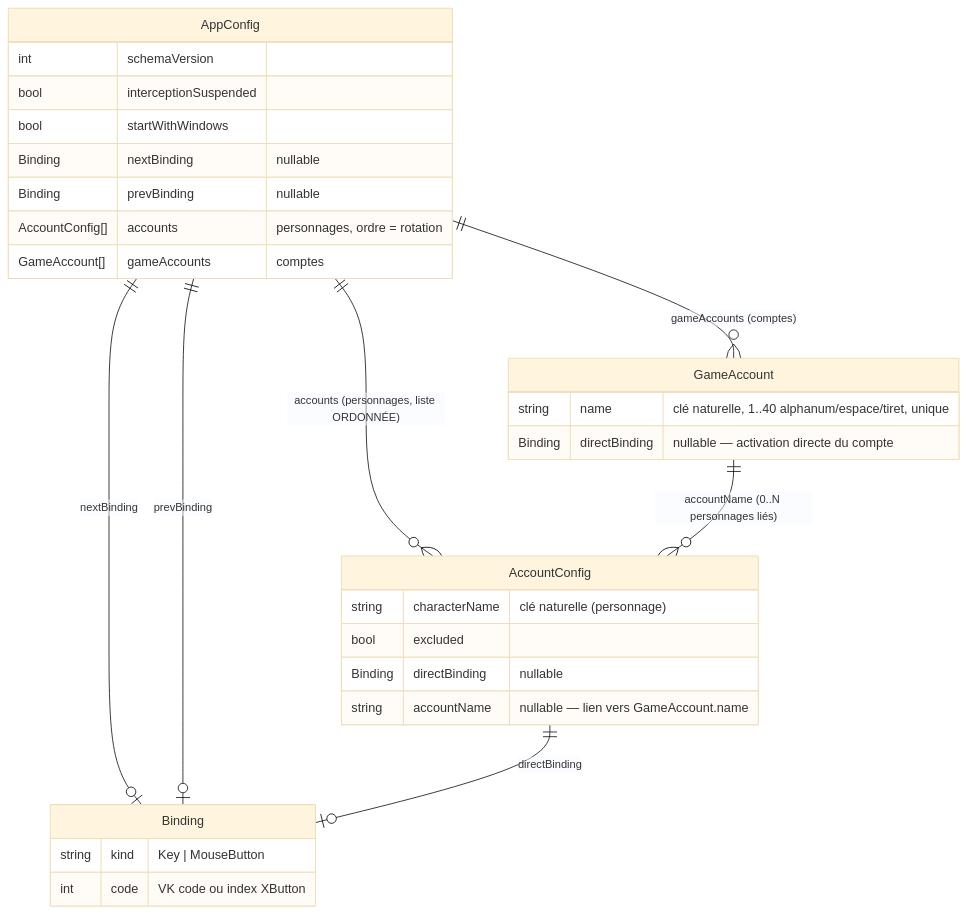
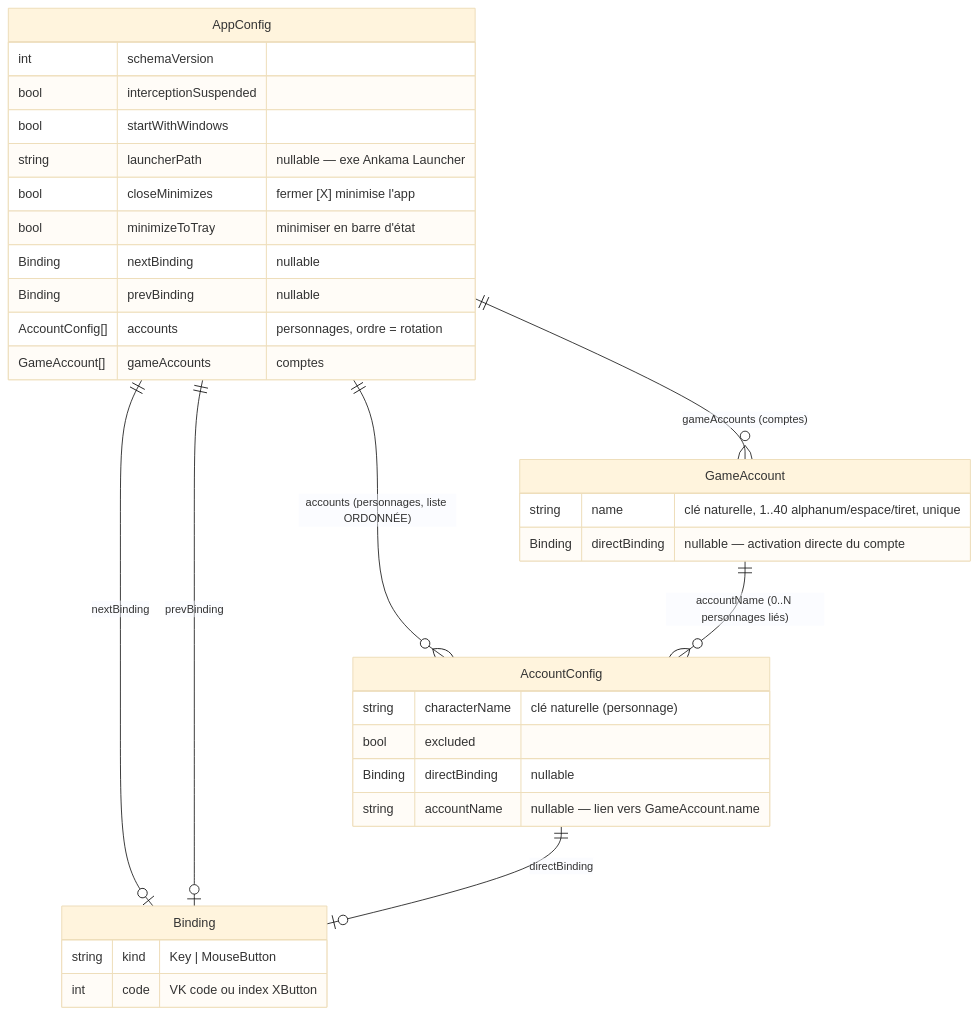
One commit to seumeurhitmachine/dofusOptimizer changed the diagram in docs/data-model.md. Above: the diagram before and after it, drawn with Mermaid (base theme). The commit also changed other lines of this file and 25 other files, not shown here.

````diff
--- a/docs/data-model.md
+++ b/docs/data-model.md
@@ -24,33 +24,36 @@
 ```mermaid
 erDiagram
     AppConfig ||--o{ AccountConfig : "accounts (personnages, liste ORDONNÉE)"
     AppConfig ||--o{ GameAccount : "gameAccounts (comptes)"
     AppConfig ||--o| Binding : "nextBinding"
     AppConfig ||--o| Binding : "prevBinding"
     AccountConfig ||--o| Binding : "directBinding"
     GameAccount ||--o{ AccountConfig : "accountName (0..N personnages liés)"
 
     AppConfig {
         int    schemaVersion
         bool   interceptionSuspended
         bool   startWithWindows
+        string launcherPath "nullable — exe Ankama Launcher"
+        bool   closeMinimizes "fermer [X] minimise l'app"
+        bool   minimizeToTray "minimiser en barre d'état"
         Binding nextBinding "nullable"
         Binding prevBinding "nullable"
         AccountConfig[] accounts "personnages, ordre = rotation"
         GameAccount[]   gameAccounts "comptes"
     }
     AccountConfig {
         string  characterName "clé naturelle (personnage)"
         bool    excluded
         Binding directBinding "nullable"
         string  accountName "nullable — lien vers GameAccount.name"
     }
     GameAccount {
         string name "clé naturelle, 1..40 alphanum/espace/tiret, unique"
         Binding directBinding "nullable — activation directe du compte"
     }
     Binding {
         string kind "Key | MouseButton"
         int    code "VK code ou index XButton"
     }
 ```
````
